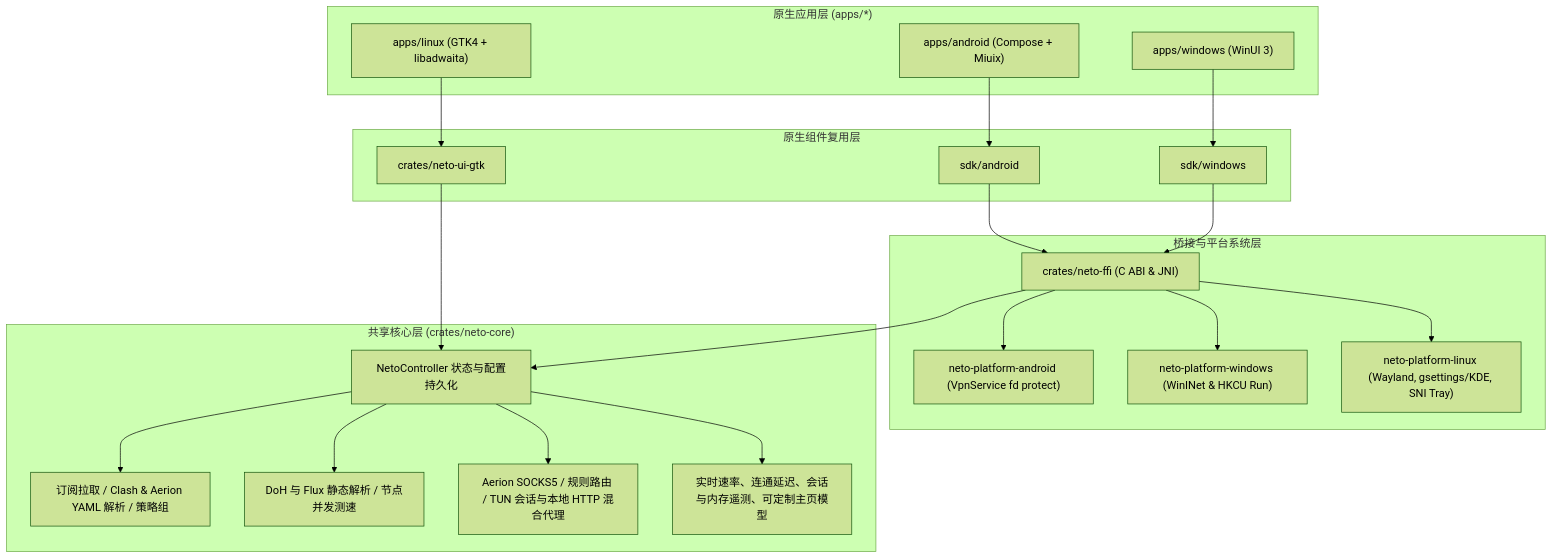
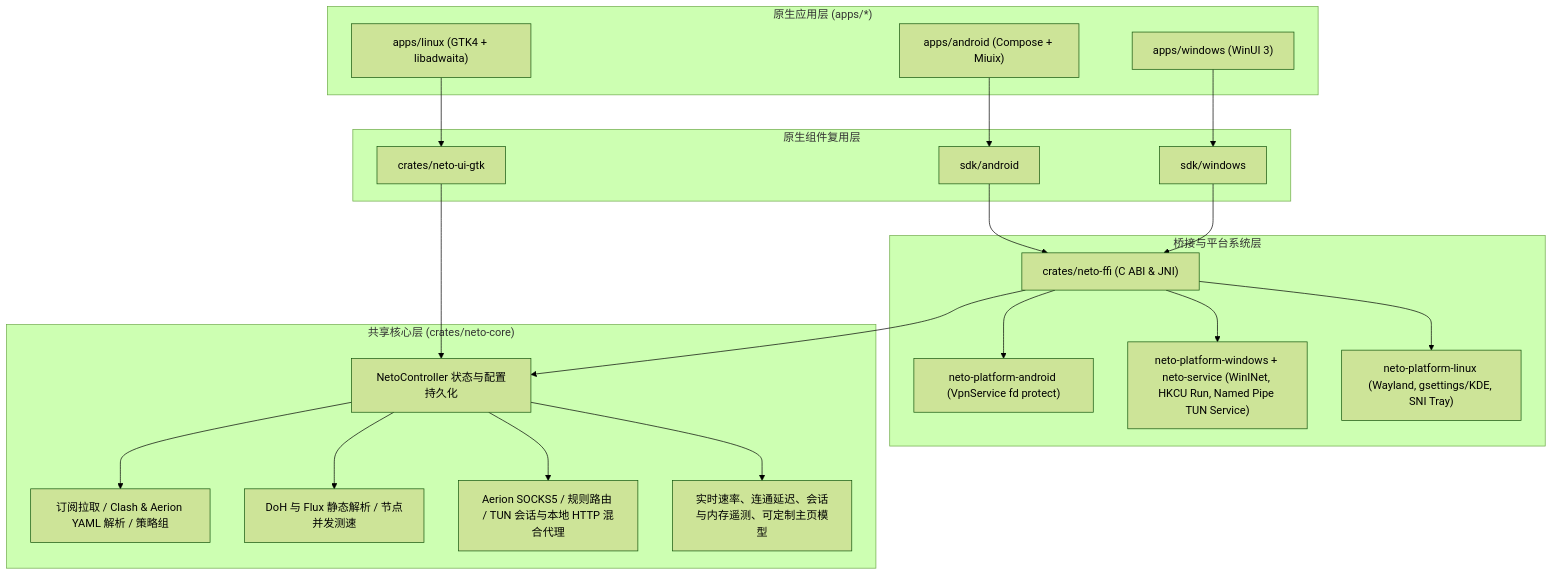
Before and after one commit to MoeclubM/Neto: the diagram in docs/architecture.md, drawn with Mermaid (forest theme). The commit also changed other lines of this file and 53 other files, not shown here.

Commit message:
feat: unify home page, add Windows TUN service, standalone rules override, and Verge-style connections (v0.0.5)

````diff
--- a/docs/architecture.md
+++ b/docs/architecture.md
@@ -7,32 +7,32 @@
 ```mermaid
 flowchart TB
     subgraph Apps["原生应用层 (apps/*)"]
         A1["apps/android (Compose + Miuix)"]
         A2["apps/windows (WinUI 3)"]
         A3["apps/linux (GTK4 + libadwaita)"]
     end
     subgraph SDK["原生组件复用层"]
         S1["sdk/android"]
         S2["sdk/windows"]
         S3["crates/neto-ui-gtk"]
     end
     subgraph Bridge["桥接与平台系统层"]
         B0["crates/neto-ffi (C ABI & JNI)"]
         P1["neto-platform-android (VpnService fd protect)"]
-        P2["neto-platform-windows (WinINet & HKCU Run)"]
+        P2["neto-platform-windows + neto-service (WinINet, HKCU Run, Named Pipe TUN Service)"]
         P3["neto-platform-linux (Wayland, gsettings/KDE, SNI Tray)"]
     end
     subgraph Core["共享核心层 (crates/neto-core)"]
         C1["NetoController 状态与配置持久化"]
         C2["订阅拉取 / Clash & Aerion YAML 解析 / 策略组"]
         C3["DoH 与 Flux 静态解析 / 节点并发测速"]
         C4["Aerion SOCKS5 / 规则路由 / TUN 会话与本地 HTTP 混合代理"]
         C5["实时速率、连通延迟、会话与内存遥测、可定制主页模型"]
     end
     A1 --> S1 --> B0
     A2 --> S2 --> B0
     A3 --> S3 --> C1
     B0 --> C1
     B0 --> P1 & P2 & P3
     C1 --> C2 & C3 & C4 & C5
 ```
````
